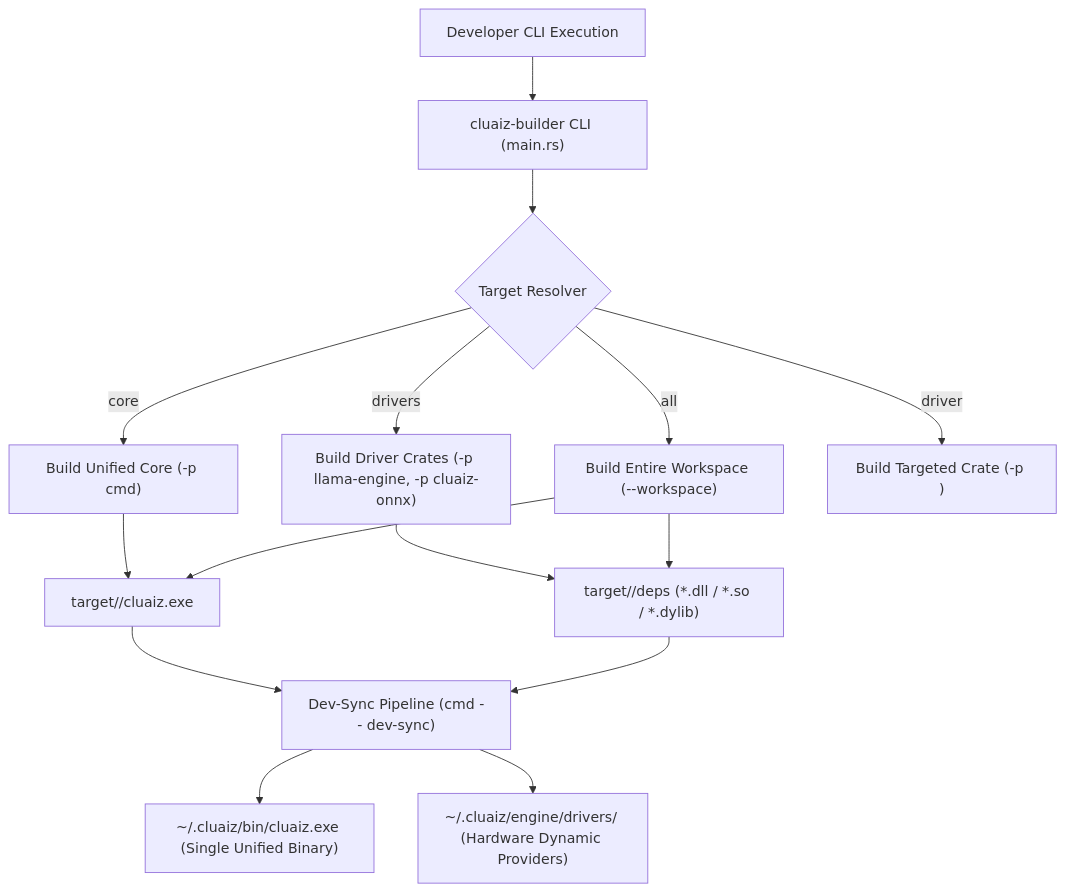
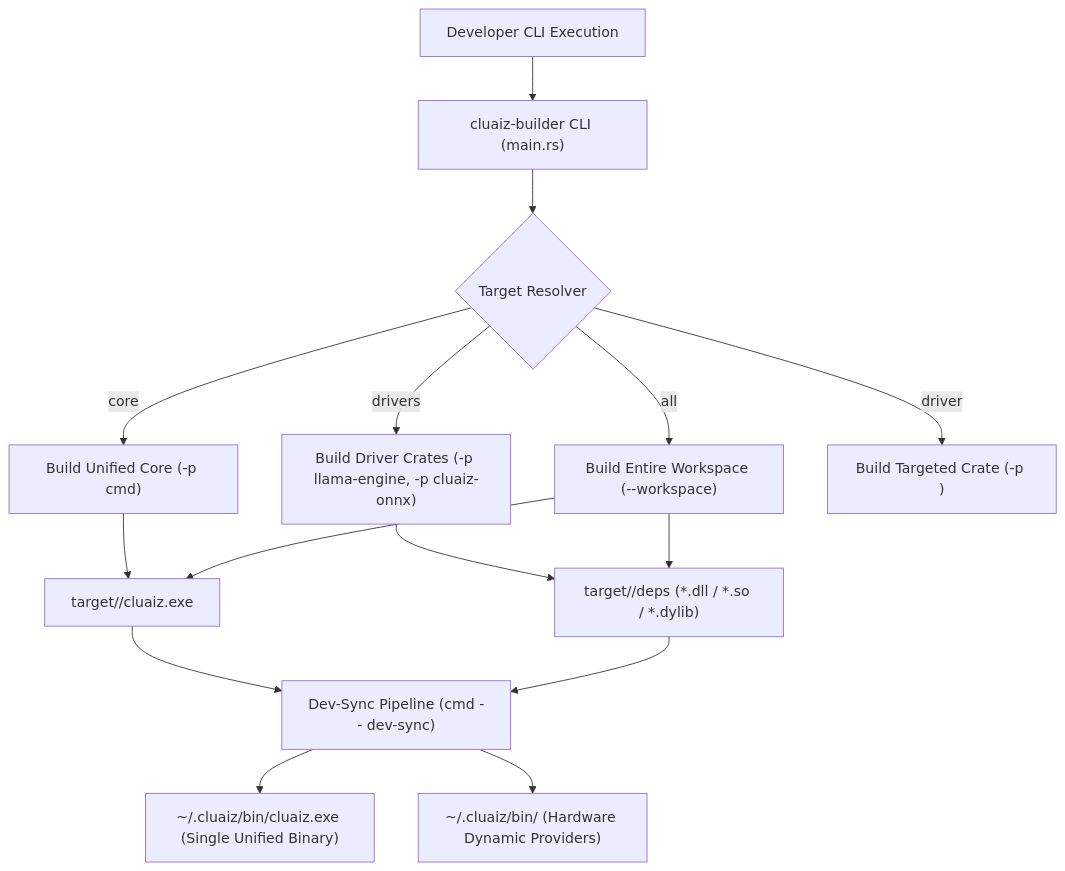
Before and after one commit to cluaiz/cluaiz: the diagram in tools/cluaiz-builder/README.md, drawn with Mermaid. The commit also changed other lines of this file and 29 other files, not shown here.

First line of the commit message:
Home layout: every driver in bin/, settings in config/, no engine/ folder

````diff
--- a/tools/cluaiz-builder/README.md
+++ b/tools/cluaiz-builder/README.md
@@ -15,21 +15,21 @@
 ```mermaid
 graph TD
     A["Developer CLI Execution"] --> B["cluaiz-builder CLI (main.rs)"]
     B --> C{"Target Resolver"}
     
     C -->|"core"| D["Build Unified Core (-p cmd)"]
     C -->|"drivers"| E["Build Driver Crates (-p llama-engine, -p cluaiz-onnx)"]
     C -->|"all"| F["Build Entire Workspace (--workspace)"]
     C -->|"driver <name>"| G["Build Targeted Crate (-p <name>)"]
     
     D --> H["target/<profile>/cluaiz.exe"]
     E --> I["target/<profile>/deps (*.dll / *.so / *.dylib)"]
     F --> H
     F --> I
     
     H --> J["Dev-Sync Pipeline (cmd -- dev-sync)"]
     I --> J
     
     J --> K["~/.cluaiz/bin/cluaiz.exe (Single Unified Binary)"]
-    J --> L["~/.cluaiz/engine/drivers/ (Hardware Dynamic Providers)"]
+    J --> L["~/.cluaiz/bin/ (Hardware Dynamic Providers)"]
 ```
````
